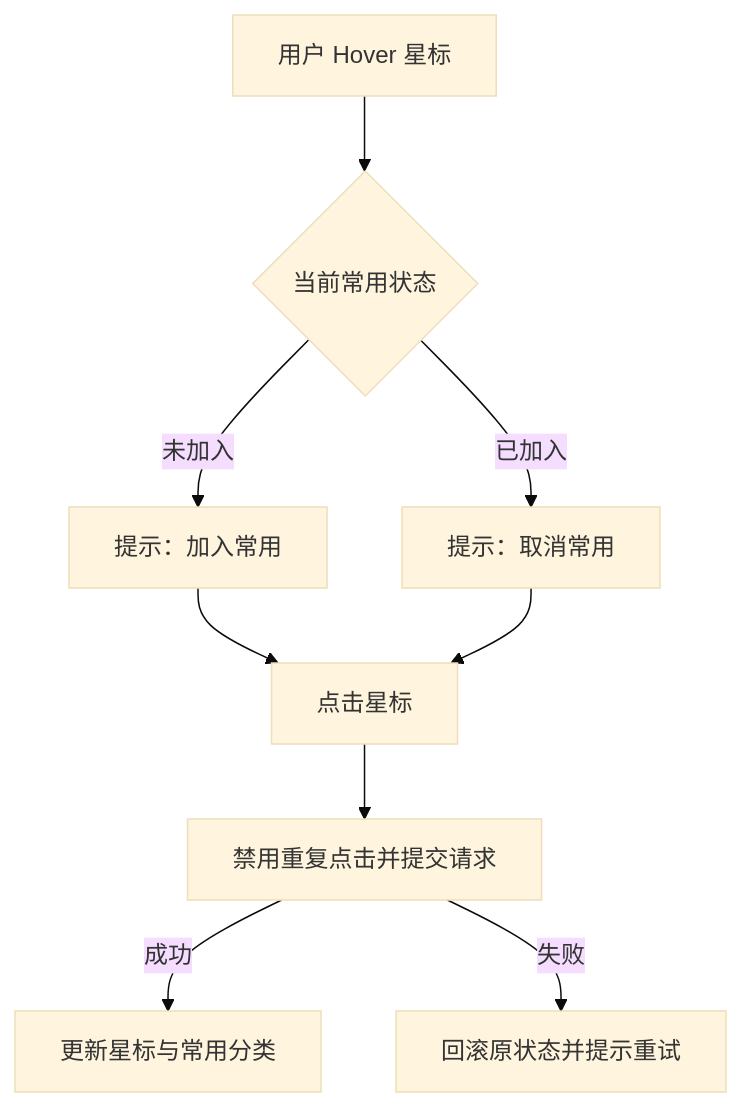
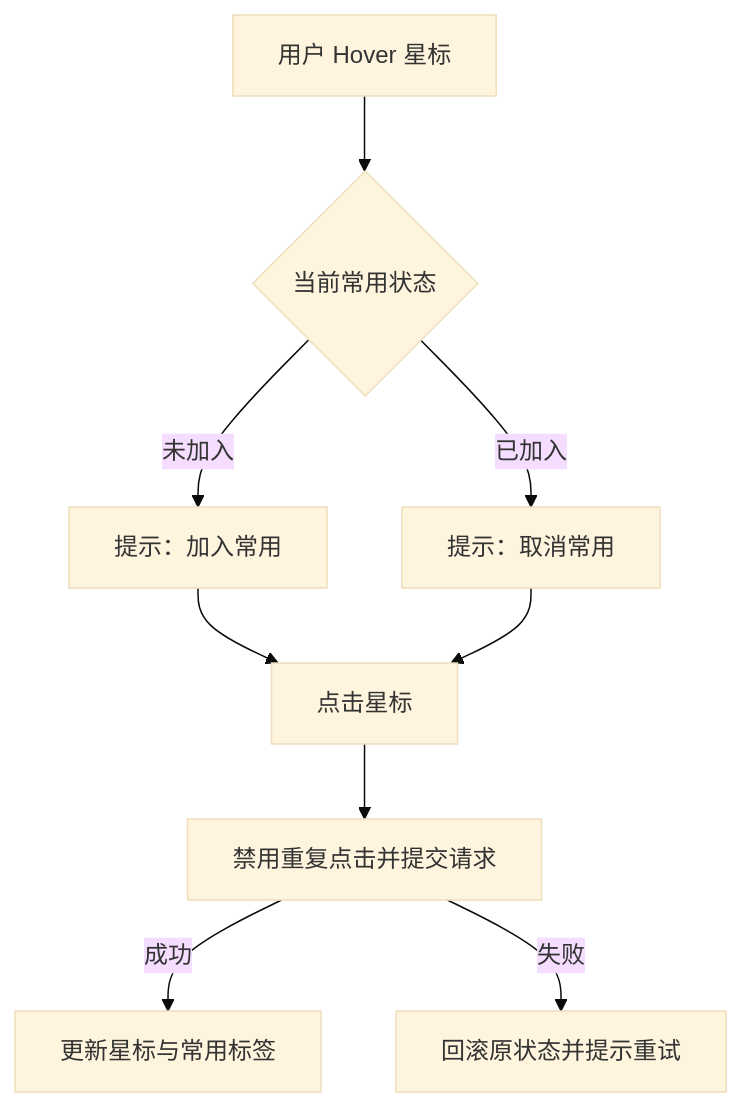
Before and after one commit to fri555/PORTL: the fifth of 6 diagrams in docs/需求文档/20260716-【PRD】AI工作台-系统入口-天马智擎.md, drawn with Mermaid (base theme). The commit also changed other lines of this file, not shown here.

```diff
--- a/docs/需求文档/20260716-【PRD】AI工作台-系统入口-天马智擎.md
+++ b/docs/需求文档/20260716-【PRD】AI工作台-系统入口-天马智擎.md
@@ -438,11 +439,11 @@
 ~~~mermaid
 flowchart TD
     A["用户 Hover 星标"] --> B{"当前常用状态"}
     B -->|未加入| C["提示：加入常用"]
     B -->|已加入| D["提示：取消常用"]
     C --> E["点击星标"]
     D --> E
     E --> F["禁用重复点击并提交请求"]
-    F -->|成功| G["更新星标与常用分类"]
+    F -->|成功| G["更新星标与常用标签"]
     F -->|失败| H["回滚原状态并提示重试"]
 ~~~
```
